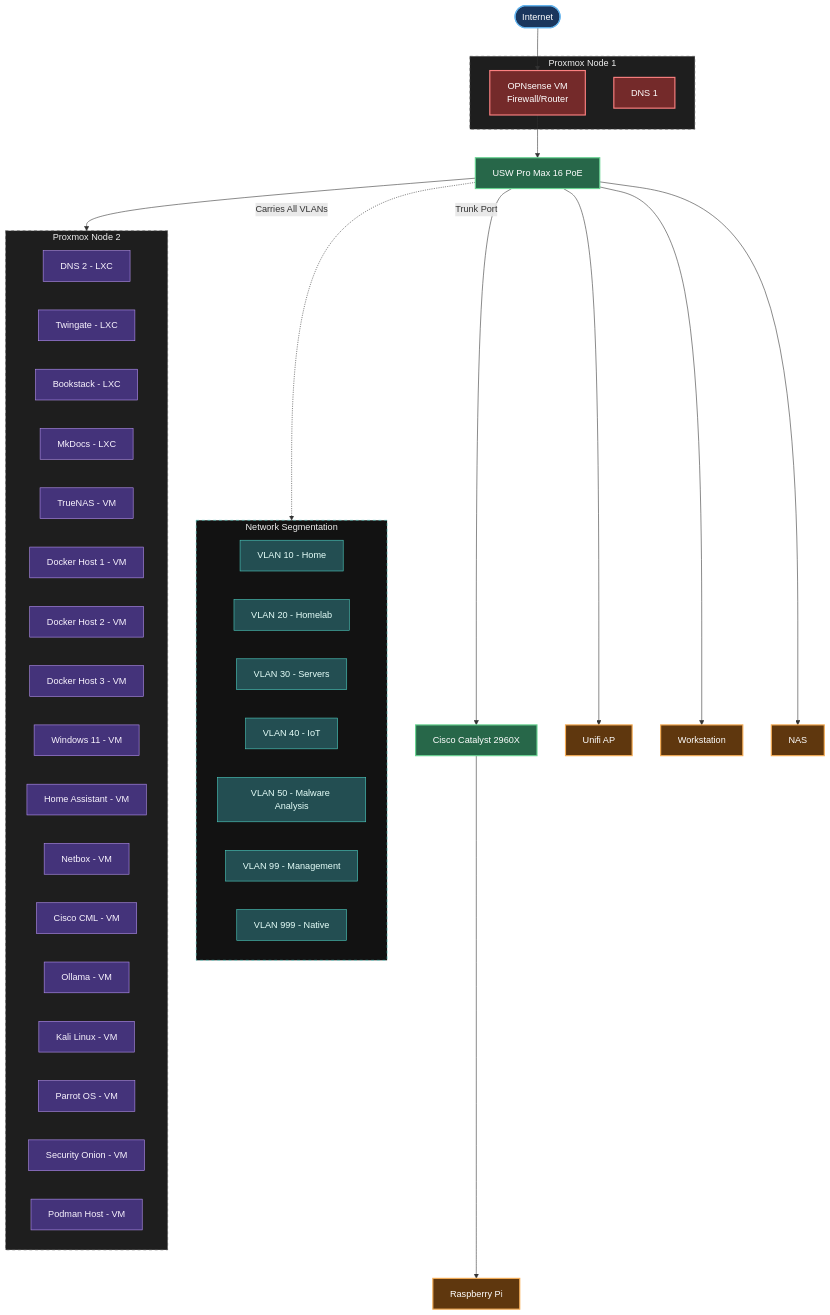
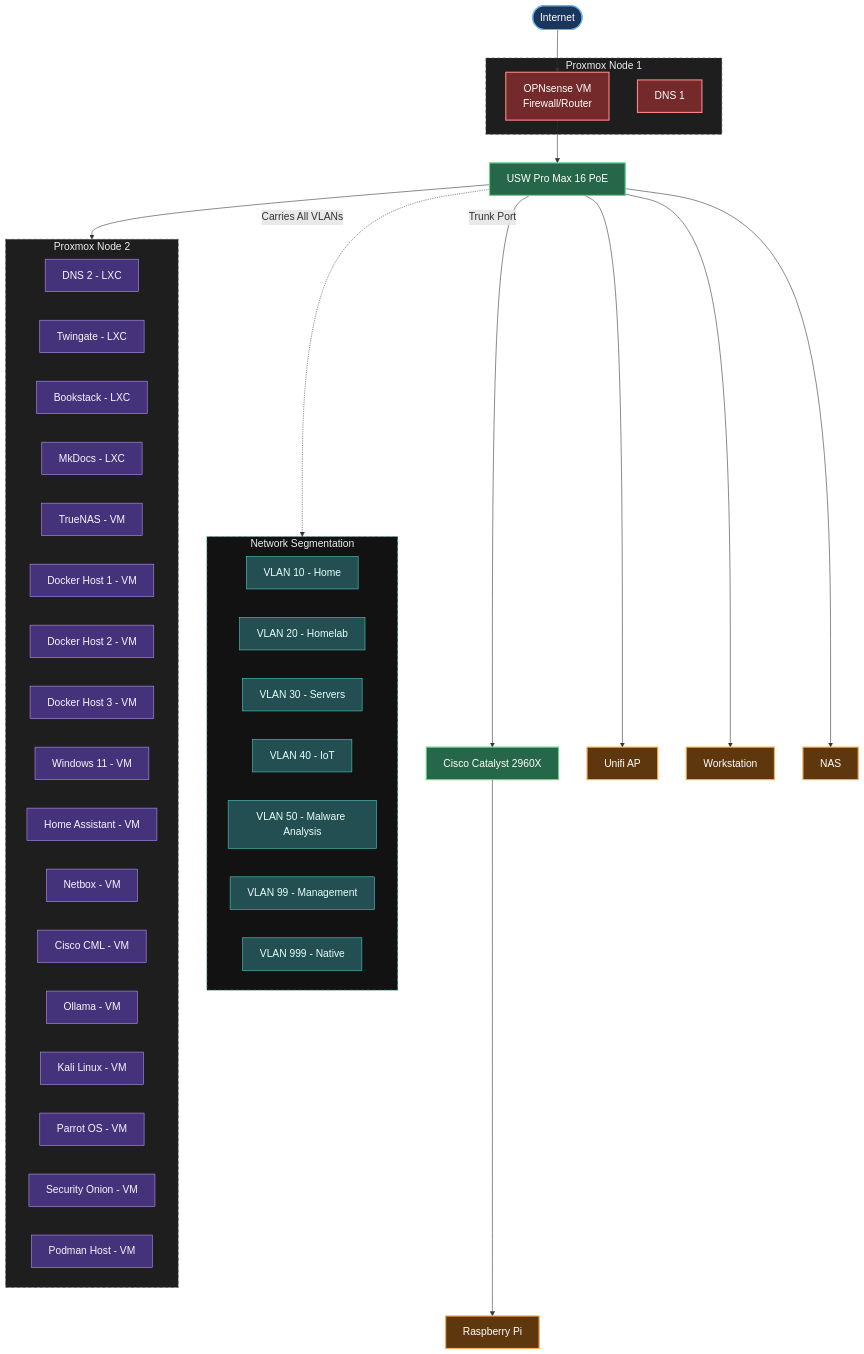
The diagram in docs/index.md (moshthesubnet/my-lab-docs), drawn with Mermaid before and after one commit.

````diff
--- a/docs/index.md
+++ b/docs/index.md
@@ -55,4 +55,5 @@
 ```mermaid
+%%{init: {'themeVariables': { 'fontSize': '18px'}}}%%
 graph TB
     %% Internet and Edge
     Internet([Internet])
````
